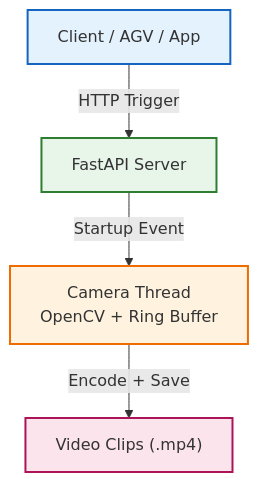
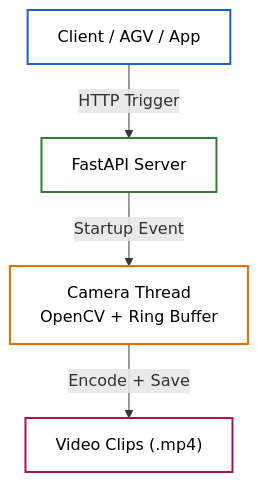
The diagram in README.md (saccarozo03/camera_server), drawn with Mermaid before and after one commit.

Commit message:
Change architecture flowchart to white theme styles
Updated flowchart styles in the architecture overview to use a white theme.

````diff
--- a/README.md
+++ b/README.md
@@ -10,22 +10,22 @@
 ```mermaid
 flowchart TD
 
-    %% ===== Node Styles =====
-    classDef client fill:#E3F2FD,stroke:#1565C0,stroke-width:2px;
-    classDef server fill:#E8F5E9,stroke:#2E7D32,stroke-width:2px;
-    classDef camera fill:#FFF3E0,stroke:#EF6C00,stroke-width:2px;
-    classDef output fill:#FCE4EC,stroke:#AD1457,stroke-width:2px;
+    %% ===== White Theme Styles =====
+    classDef client fill:#FFFFFF,stroke:#1565C0,stroke-width:2px,color:#000;
+    classDef server fill:#FFFFFF,stroke:#2E7D32,stroke-width:2px,color:#000;
+    classDef camera fill:#FFFFFF,stroke:#EF6C00,stroke-width:2px,color:#000;
+    classDef output fill:#FFFFFF,stroke:#AD1457,stroke-width:2px,color:#000;
 
     %% ===== Architecture Flow =====
-    A["Client / AGV / App"] -->|HTTP Trigger| B[FastAPI Server]
+    A["Client / AGV / App"] -->|HTTP Trigger| B["FastAPI Server"]
     B -->|Startup Event| C["Camera Thread<br/>OpenCV + Ring Buffer"]
     C -->|Encode + Save| D["Video Clips (.mp4)"]
 
     %% ===== Apply Styles =====
     class A client
     class B server
     class C camera
     class D output
 
 
 ```
````
